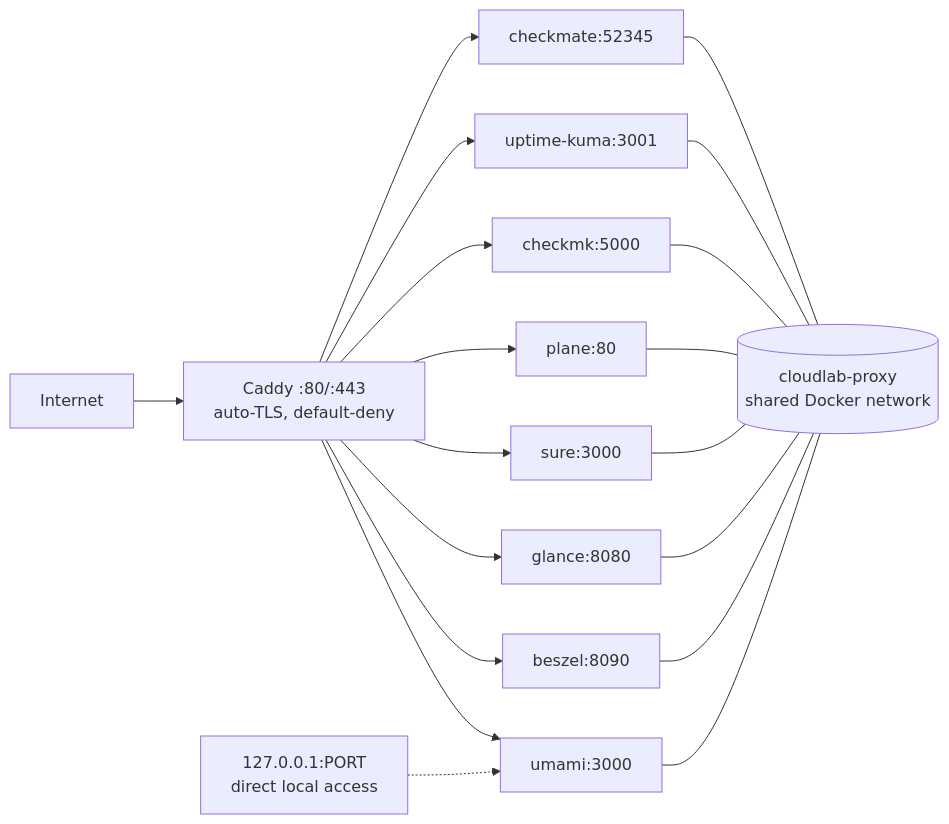
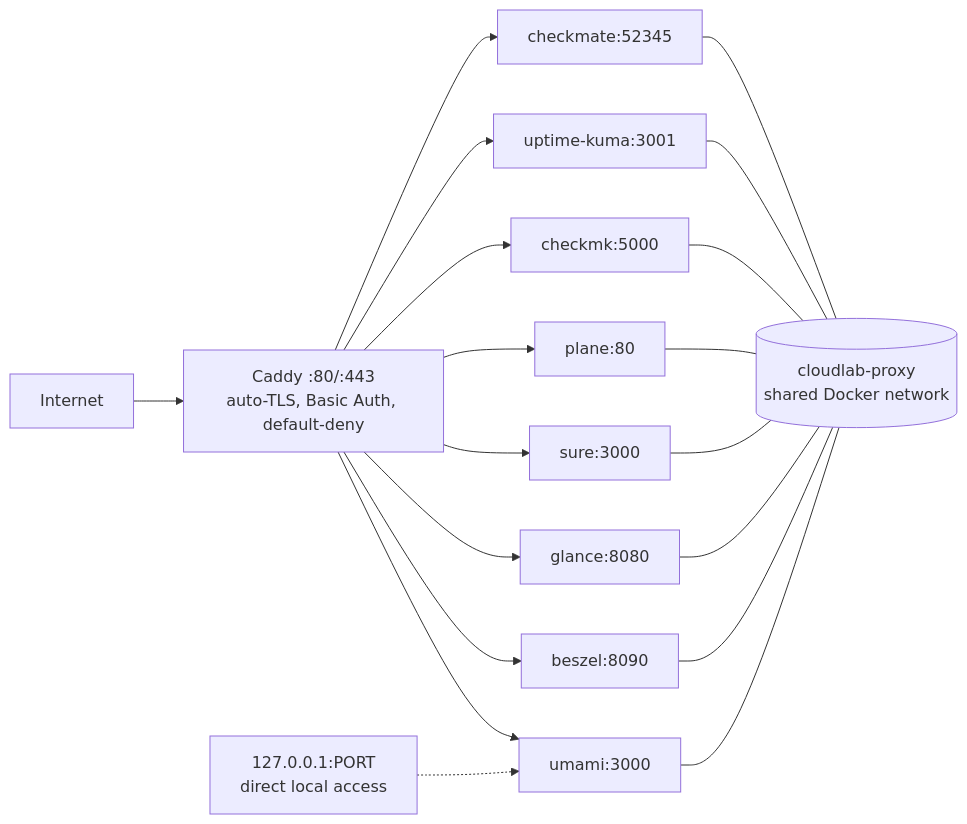
Before and after one commit to vanam-san/cloudlab: the diagram in README.md, drawn with Mermaid. The commit also changed other lines of this file and 17 other files, not shown here.

First line of the commit message:
feat(caddy): HTTP Basic Auth as default site gate, Tailscale optional

````diff
--- a/README.md
+++ b/README.md
@@ -11,14 +11,14 @@
 ```mermaid
 flowchart LR
-    Internet --> Caddy["Caddy :80/:443<br/>auto-TLS, default-deny"]
+    Internet --> Caddy["Caddy :80/:443<br/>auto-TLS, Basic Auth, default-deny"]
     Caddy --> Umami["umami:3000"]
     Caddy --> Beszel["beszel:8090"]
     Caddy --> Glance["glance:8080"]
     Caddy --> Sure["sure:3000"]
     Caddy --> Plane["plane:80"]
     Caddy --> Checkmk["checkmk:5000"]
     Caddy --> Kuma["uptime-kuma:3001"]
     Caddy --> Mate["checkmate:52345"]
     Umami & Beszel & Glance & Sure & Plane & Checkmk & Kuma & Mate --- Net[("cloudlab-proxy<br/>shared Docker network")]
     Local["127.0.0.1:PORT<br/>direct local access"] -.-> Umami
 ```
````
